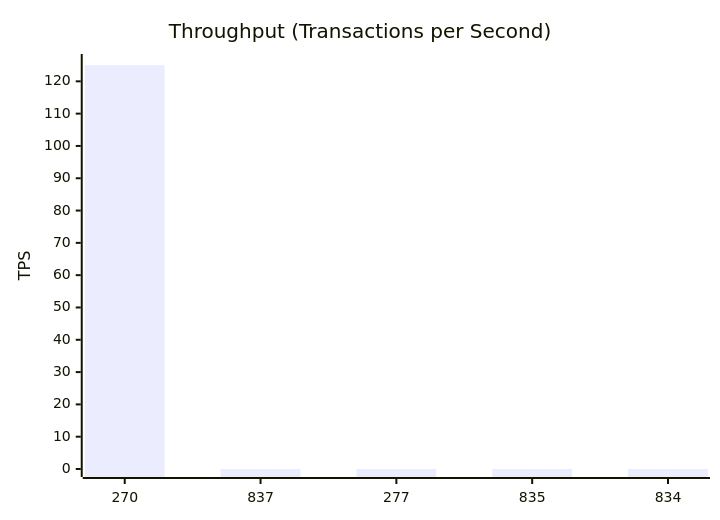
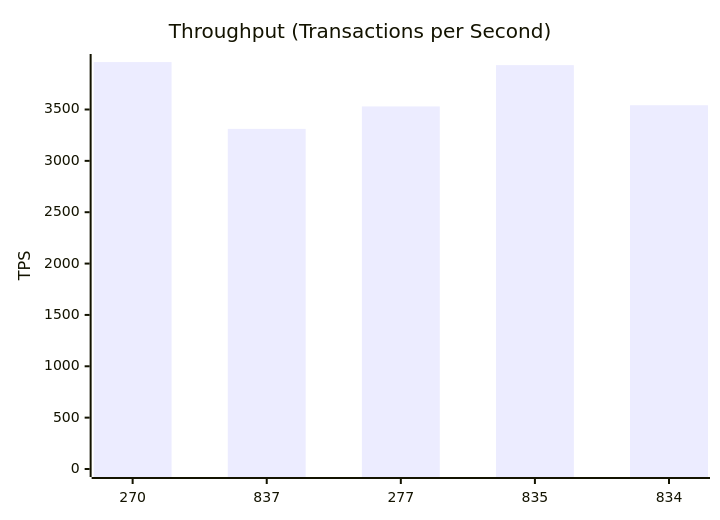
One commit to dhagan-va/intern-2025 changed the third of 11 diagrams in test-tools/DataGen/src/Statistics_Visualizer.md. Above: the diagram before and after it, drawn with Mermaid. The commit also changed other lines of this file and 4 other files, not shown here.

````diff
--- a/test-tools/DataGen/src/Statistics_Visualizer.md
+++ b/test-tools/DataGen/src/Statistics_Visualizer.md
@@ -30,7 +40,7 @@
 ```mermaid
 xychart-beta
     title "Throughput (Transactions per Second)"
     x-axis ["270", "837", "277", "835", "834"]
-    y-axis "TPS" 0 --> 125.9843769528809
-    bar [124.9843769528809, 0.0, 0.0, 0.0, 0.0]
+    y-axis "TPS" 0 --> 3962.4299153339607
+    bar [3961.4299153339607, 3311.4249271423605, 3529.759874065276, 3931.8357312458156, 3541.634601879396]
 ```
````
